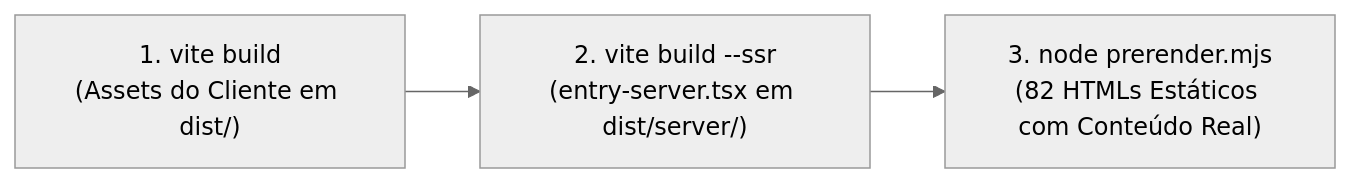
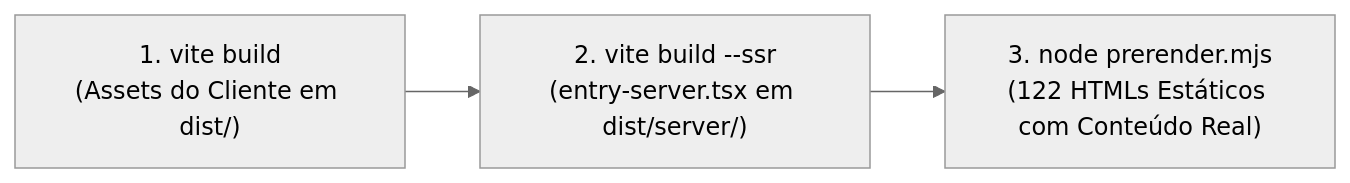
The diagram in cofre-leonardo-brasil/2. Engenharia e Arquitetura/SSR e Pré-Renderização Estática.md (leoferrazdev/leonardo-brasil), drawn with Mermaid (neutral theme) before and after one commit. The commit also changed other lines of this file and 11 other files, not shown here.

````diff
--- a/cofre-leonardo-brasil/2. Engenharia e Arquitetura/SSR e Pré-Renderização Estática.md
+++ b/cofre-leonardo-brasil/2. Engenharia e Arquitetura/SSR e Pré-Renderização Estática.md
@@ -24,5 +24,5 @@
 ```mermaid
 flowchart LR
     Step1["1. vite build<br>(Assets do Cliente em dist/)"] --> Step2["2. vite build --ssr<br>(entry-server.tsx em dist/server/)"]
-    Step2 --> Step3["3. node prerender.mjs<br>(82 HTMLs Estáticos com Conteúdo Real)"]
+    Step2 --> Step3["3. node prerender.mjs<br>(122 HTMLs Estáticos com Conteúdo Real)"]
 ```
````
